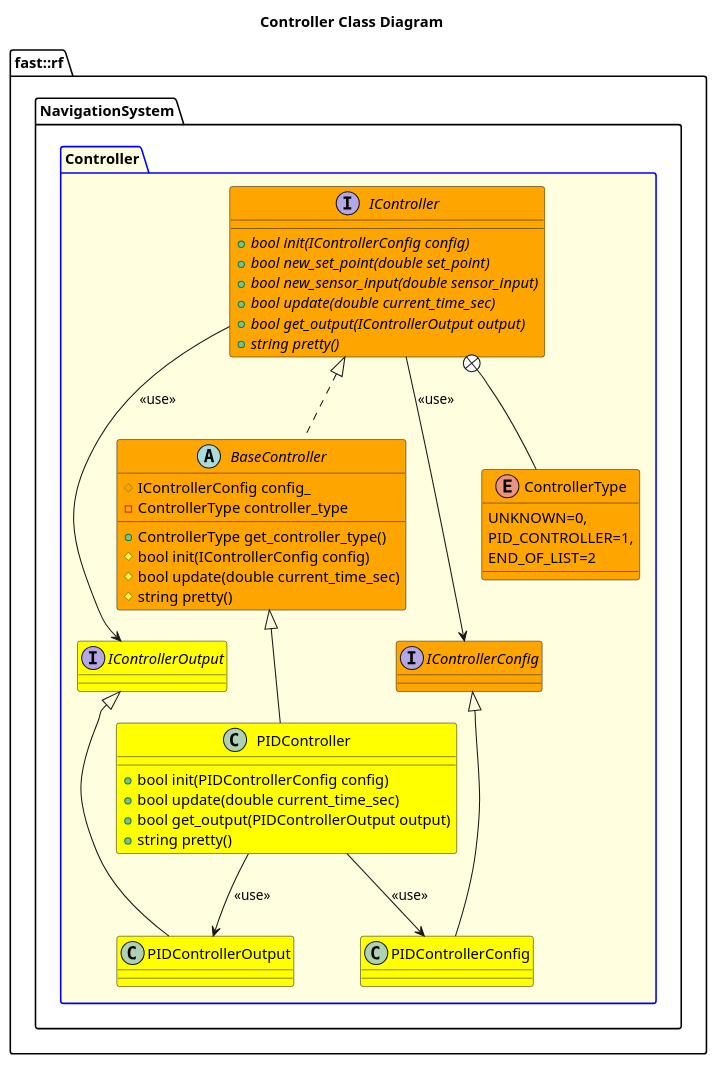
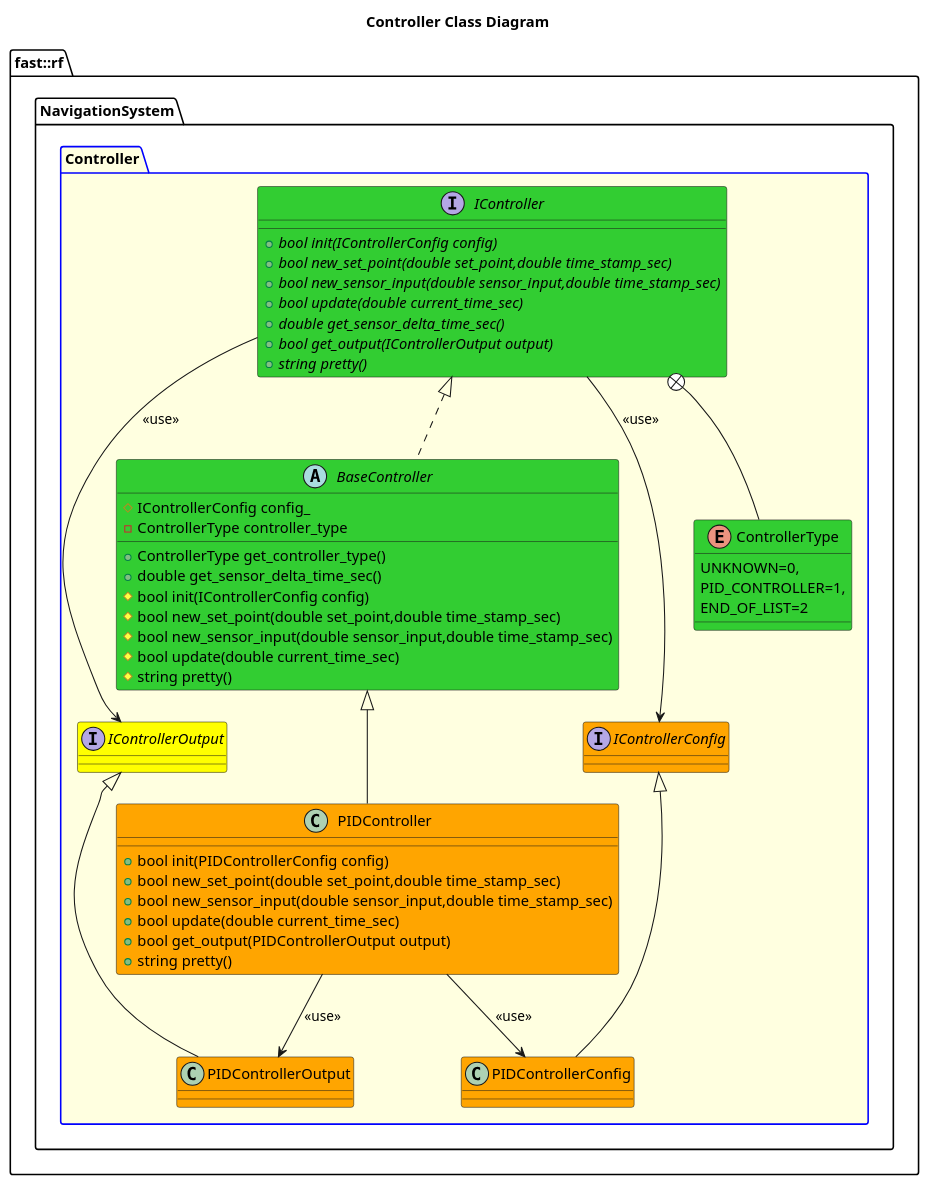
The diagram in Systems/Navigation/doc/puml/ControllerClassDiagram.puml (fastrobotics/robot_framework), drawn with PlantUML before and after one commit. The commit also changed 7 other files, not shown here.

```diff
--- a/Systems/Navigation/doc/puml/ControllerClassDiagram.puml
+++ b/Systems/Navigation/doc/puml/ControllerClassDiagram.puml
@@ -1,58 +1,64 @@
 @startuml
 title Controller Class Diagram
 namespace fast::rf {
   namespace NavigationSystem  {
     package Controller #LightYellow;line:blue {
-        enum ControllerType #Orange {
+        enum ControllerType #LimeGreen {
             UNKNOWN=0,
             PID_CONTROLLER=1,
             END_OF_LIST=2
         }
         interface IControllerOutput #Yellow {
 
         }
         interface IControllerConfig #Orange {
 
         }
-        interface IController #Orange {
+        interface IController #LimeGreen {
             +{abstract} bool init(IControllerConfig config)
-            +{abstract} bool new_set_point(double set_point)
-            +{abstract} bool new_sensor_input(double sensor_input)
+            +{abstract} bool new_set_point(double set_point,double time_stamp_sec)
+            +{abstract} bool new_sensor_input(double sensor_input,double time_stamp_sec)
             +{abstract} bool update(double current_time_sec)
+            +{abstract} double get_sensor_delta_time_sec()
             +{abstract} bool get_output(IControllerOutput output)
             +{abstract} string pretty()
 
         }
         IController +-- ControllerType
         IController --> IControllerOutput: <<use>>
         IController --> IControllerConfig: <<use>>
-        abstract BaseController #Orange {
+        abstract BaseController #LimeGreen {
             +ControllerType get_controller_type()
+            +double get_sensor_delta_time_sec()
             #bool init(IControllerConfig config)
+            #bool new_set_point(double set_point,double time_stamp_sec)
+            #bool new_sensor_input(double sensor_input,double time_stamp_sec)
             #bool update(double current_time_sec)
             #string pretty()
             #IControllerConfig config_
             -ControllerType controller_type
         }
         BaseController .up.|> IController
-        class PIDControllerOutput #Yellow {
+        class PIDControllerOutput #Orange {
 
         }
         PIDControllerOutput -up-|> IControllerOutput
-        class PIDControllerConfig #Yellow {
+        class PIDControllerConfig #Orange {
 
         }
         PIDControllerConfig -up-|> IControllerConfig
-        class PIDController #Yellow {
+        class PIDController #Orange {
             +bool init(PIDControllerConfig config)
+            +bool new_set_point(double set_point,double time_stamp_sec)
+            +bool new_sensor_input(double sensor_input,double time_stamp_sec)
             +bool update(double current_time_sec)
             +bool get_output(PIDControllerOutput output)
             +string pretty()
         }
         PIDController -up-|> BaseController
         PIDController --> PIDControllerOutput: <<use>>
         PIDController --> PIDControllerConfig: <<use>>
     }
   }
 }
 @enduml
```
